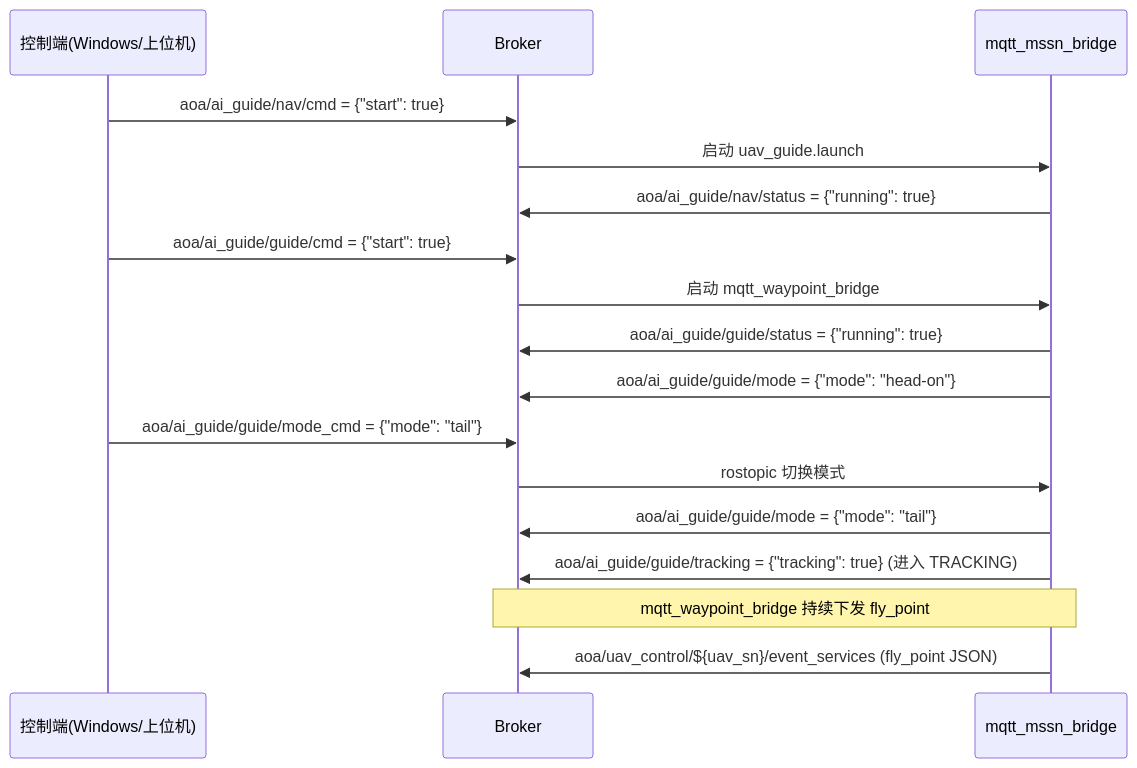
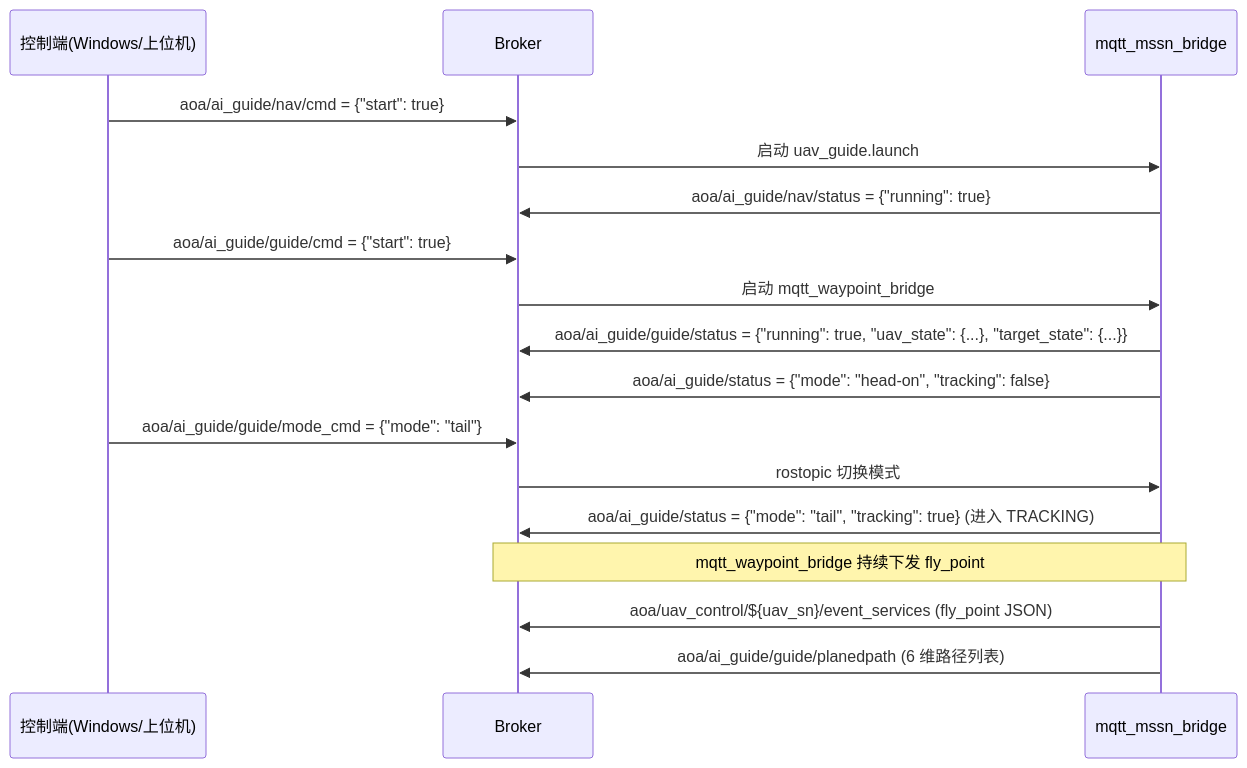
Before and after one commit to ZhangxiaokangRichard/beam_UAV_path_plan: the second of 2 diagrams in ros_mqtt_bridge/scripts/MQTT_INTERFACE.md, drawn with Mermaid. The commit also changed other lines of this file and 6 other files, not shown here.

Commit message:
feat: add uav_state/target_state/planedpath status fields and aggregate ai_guide/status topic; fix uav_guide CMakeLists for removed scripts

````diff
--- a/ros_mqtt_bridge/scripts/MQTT_INTERFACE.md
+++ b/ros_mqtt_bridge/scripts/MQTT_INTERFACE.md
@@ -294,19 +327,19 @@
 ```mermaid
 sequenceDiagram
     participant C as 控制端(Windows/上位机)
     participant B as Broker
     participant M as mqtt_mssn_bridge
     C->>B: aoa/ai_guide/nav/cmd = {"start": true}
     B->>M: 启动 uav_guide.launch
     M->>B: aoa/ai_guide/nav/status = {"running": true}
     C->>B: aoa/ai_guide/guide/cmd = {"start": true}
     B->>M: 启动 mqtt_waypoint_bridge
-    M->>B: aoa/ai_guide/guide/status = {"running": true}
-    M->>B: aoa/ai_guide/guide/mode = {"mode": "head-on"}
+    M->>B: aoa/ai_guide/guide/status = {"running": true, "uav_state": {...}, "target_state": {...}}
+    M->>B: aoa/ai_guide/status = {"mode": "head-on", "tracking": false}
     C->>B: aoa/ai_guide/guide/mode_cmd = {"mode": "tail"}
     B->>M: rostopic 切换模式
-    M->>B: aoa/ai_guide/guide/mode = {"mode": "tail"}
-    M->>B: aoa/ai_guide/guide/tracking = {"tracking": true}  (进入 TRACKING)
+    M->>B: aoa/ai_guide/status = {"mode": "tail", "tracking": true}  (进入 TRACKING)
     Note over M,B: mqtt_waypoint_bridge 持续下发 fly_point
     M->>B: aoa/uav_control/${uav_sn}/event_services (fly_point JSON)
+    M->>B: aoa/ai_guide/guide/planedpath (6 维路径列表)
 ```
````
